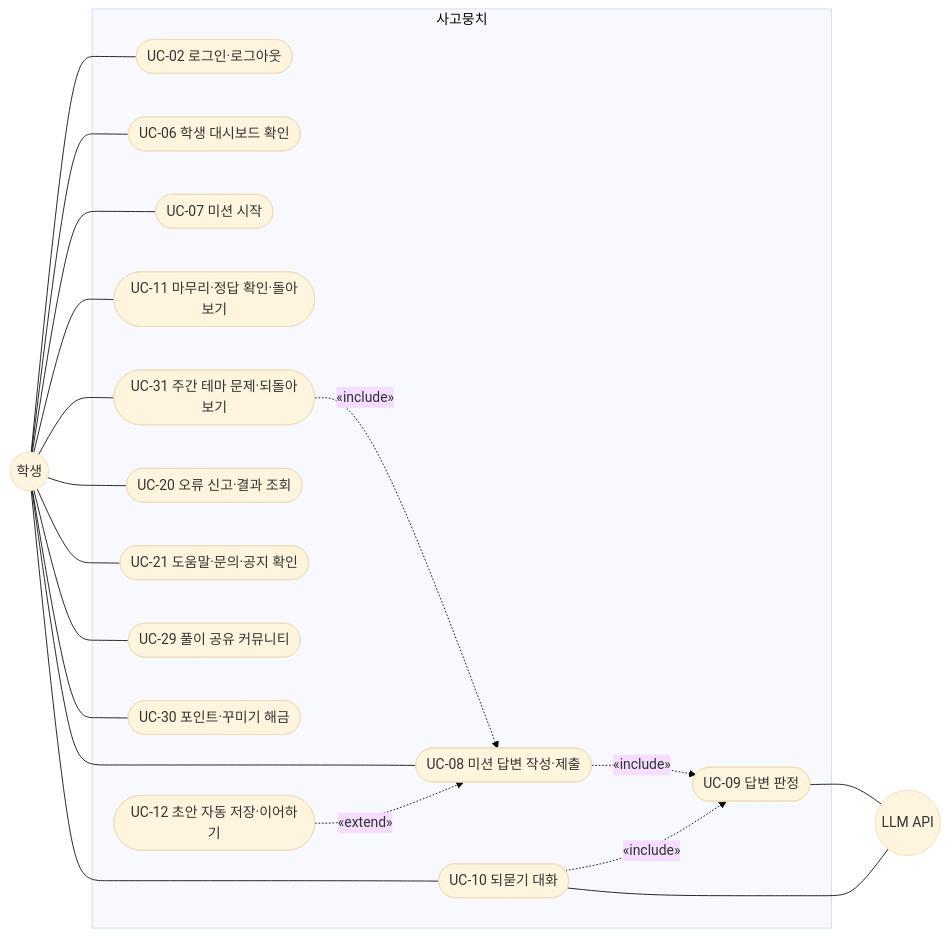
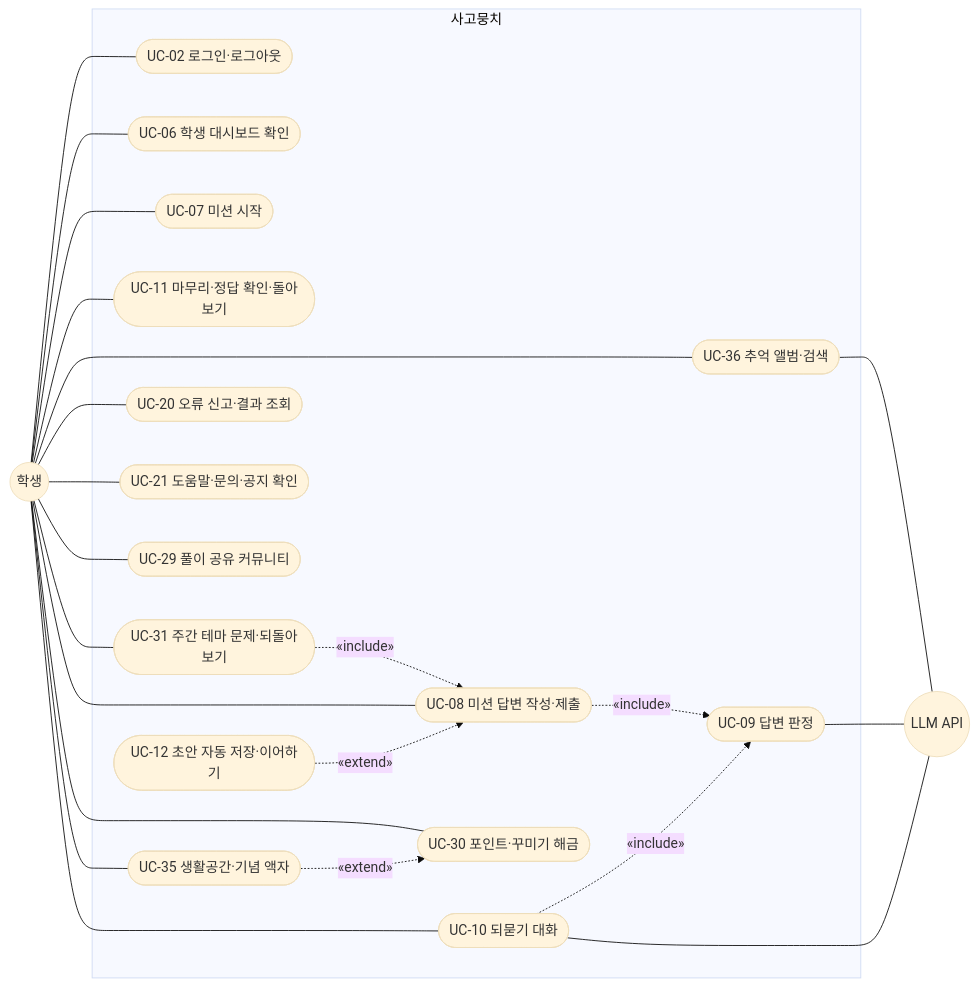
Before and after one commit to SKNETWORKS-FAMILY-AICAMP/SKN34-FINAL-3TEAM: the second of 5 diagrams in docs/design/usecase.md, drawn with Mermaid (base theme). The commit also changed other lines of this file and 10 other files, not shown here.

````diff
--- a/docs/design/usecase.md
+++ b/docs/design/usecase.md
@@ -70,39 +70,45 @@
 ```mermaid
 flowchart LR
   STU(("학생"))
   LLM(("LLM API"))
 
   subgraph SYS["사고뭉치"]
     UC02(["UC-02 로그인·로그아웃"])
     UC06(["UC-06 학생 대시보드 확인"])
     UC07(["UC-07 미션 시작"])
     UC08(["UC-08 미션 답변 작성·제출"])
     UC09(["UC-09 답변 판정"])
     UC10(["UC-10 되묻기 대화"])
     UC11(["UC-11 마무리·정답 확인·돌아보기"])
     UC12(["UC-12 초안 자동 저장·이어하기"])
     UC20(["UC-20 오류 신고·결과 조회"])
     UC21(["UC-21 도움말·문의·공지 확인"])
     UC29(["UC-29 풀이 공유 커뮤니티"])
     UC30(["UC-30 포인트·꾸미기 해금"])
     UC31(["UC-31 주간 테마 문제·되돌아보기"])
+    UC35(["UC-35 생활공간·기념 액자"])
+    UC36(["UC-36 추억 앨범·검색"])
   end
 
   STU --- UC29
   STU --- UC30
   STU --- UC31
+  STU --- UC35
+  STU --- UC36
   UC31 -.->|"«include»"| UC08
+  UC35 -.->|"«extend»"| UC30
+  UC36 --- LLM
   STU --- UC02
   STU --- UC06
   STU --- UC07
   STU --- UC08
   STU --- UC10
   STU --- UC11
   STU --- UC20
   STU --- UC21
   UC08 -.->|"«include»"| UC09
   UC10 -.->|"«include»"| UC09
   UC12 -.->|"«extend»"| UC08
   UC09 --- LLM
   UC10 --- LLM
 ```
````
